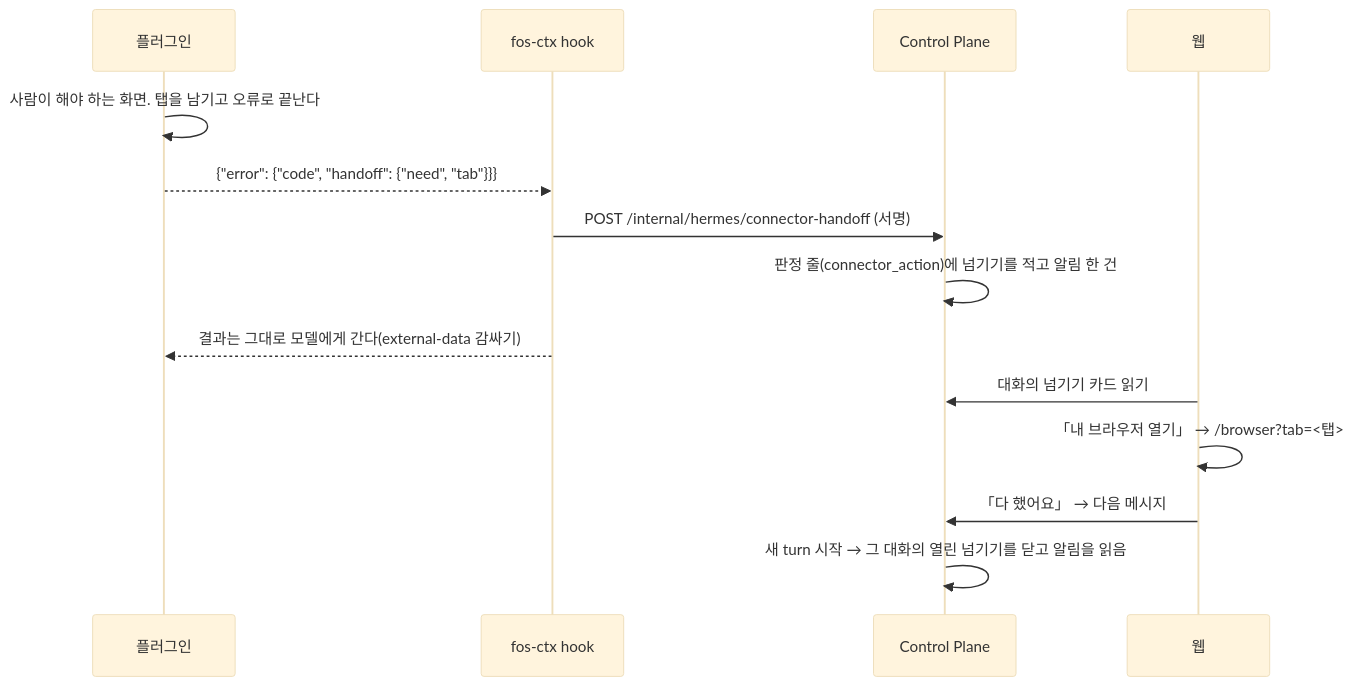
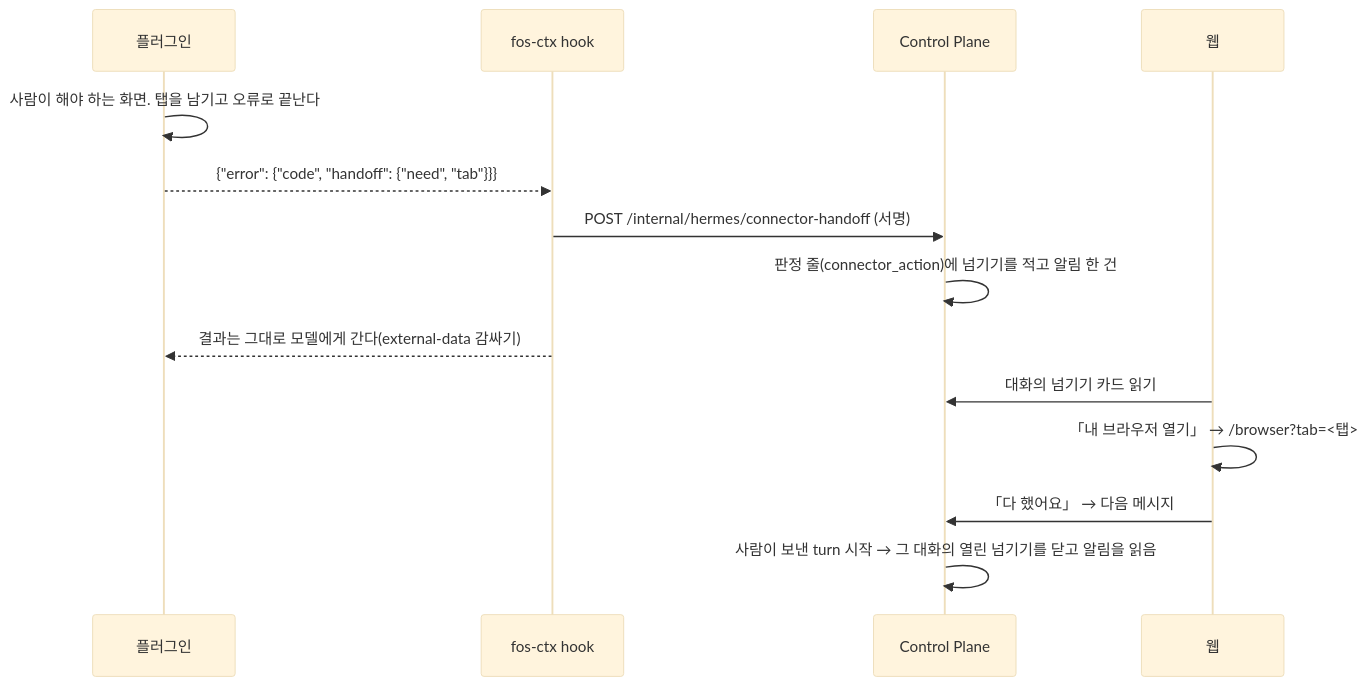
One commit to jon890/fos-assistant changed the diagram in docs/features/naver-shopping/design.md. Above: the diagram before and after it, drawn with Mermaid (base theme). The commit also changed other lines of this file and 2 other files, not shown here.

Commit message:
docs(docs): 화면 넘기기 카드의 닫는 조건을 사람이 보낸 turn 으로 고친다

````diff
--- a/docs/features/naver-shopping/design.md
+++ b/docs/features/naver-shopping/design.md
@@ -228,20 +228,20 @@
 ```mermaid
 ---
 config:
   look: handDrawn
 ---
 sequenceDiagram
   participant P as 플러그인
   participant H as fos-ctx hook
   participant CP as Control Plane
   participant W as 웹
   P->>P: 사람이 해야 하는 화면. 탭을 남기고 오류로 끝난다
   P-->>H: {"error": {"code", "handoff": {"need", "tab"}}}
   H->>CP: POST /internal/hermes/connector-handoff (서명)
   CP->>CP: 판정 줄(connector_action)에 넘기기를 적고 알림 한 건
   H-->>P: 결과는 그대로 모델에게 간다(external-data 감싸기)
   W->>CP: 대화의 넘기기 카드 읽기
   W->>W: 「내 브라우저 열기」 → /browser?tab=<탭>
   W->>CP: 「다 했어요」 → 다음 메시지
-  CP->>CP: 새 turn 시작 → 그 대화의 열린 넘기기를 닫고 알림을 읽음
+  CP->>CP: 사람이 보낸 turn 시작 → 그 대화의 열린 넘기기를 닫고 알림을 읽음
 ```
````
